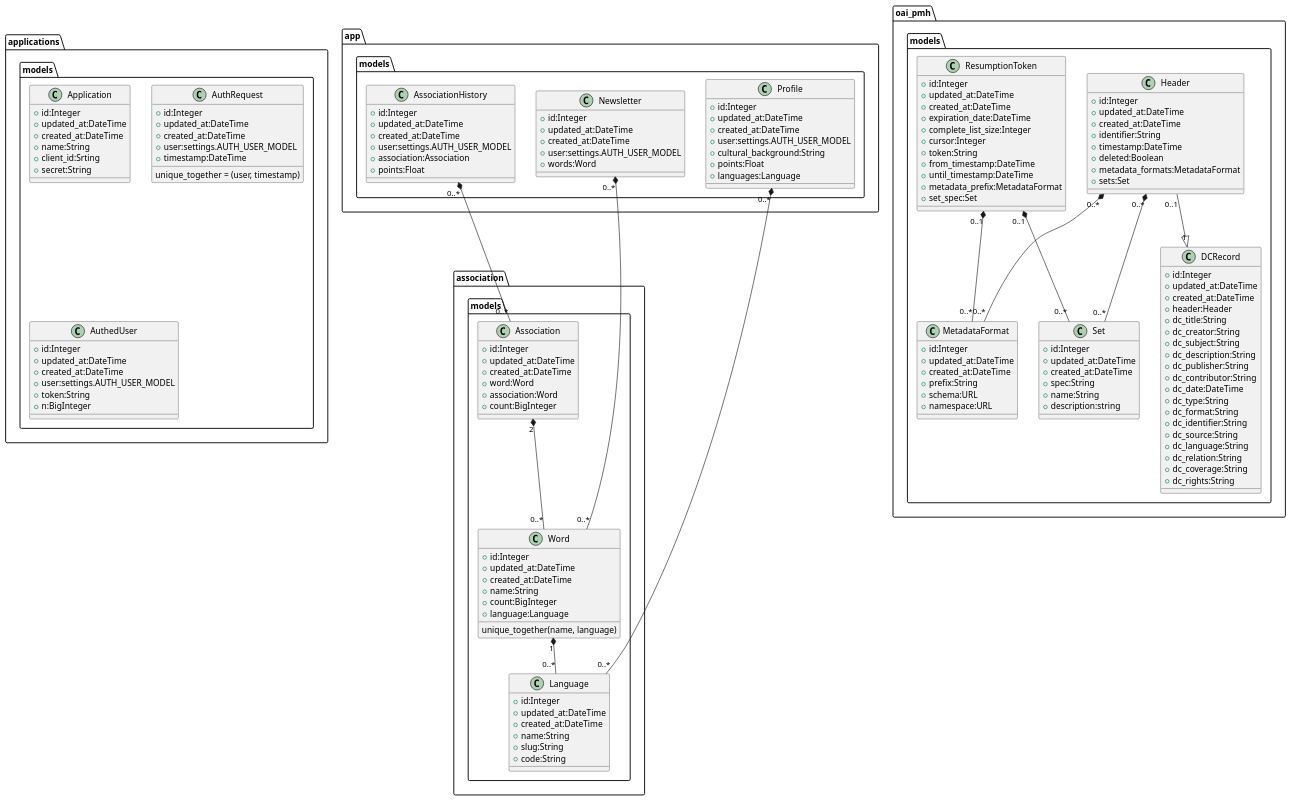
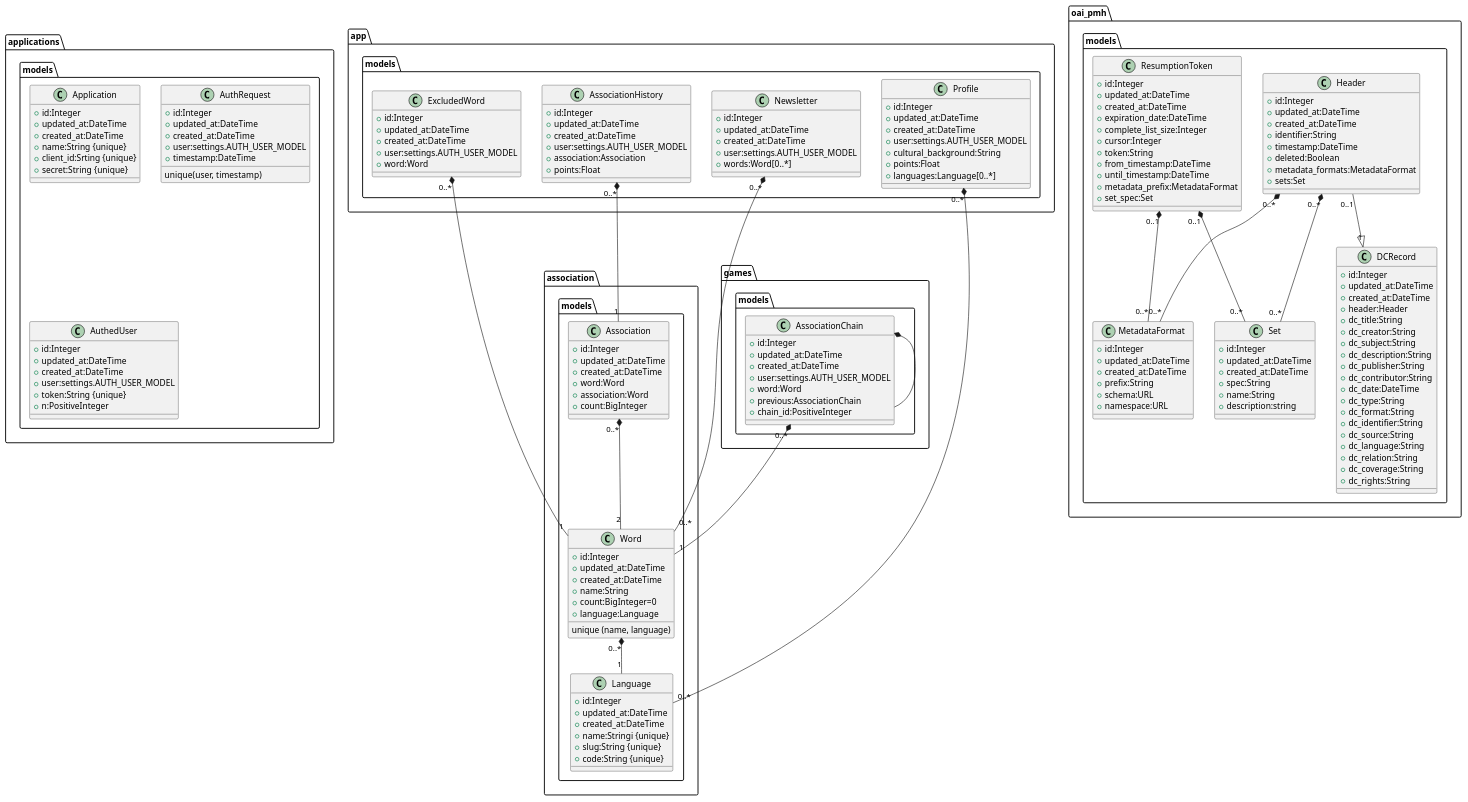
Before and after one commit to Tima-Is-My-Association/docs: the diagram in UML/tima.puml, drawn with PlantUML. The commit also changed 1 other file, not shown here.

Commit message:
Updated UML.

```diff
--- a/UML/tima.puml
+++ b/UML/tima.puml
@@ -1,163 +1,186 @@
 @startuml
 skinparam backgroundcolor transparent
 
 class association.models.Language {
     +id:Integer
     +updated_at:DateTime
     +created_at:DateTime
-    +name:String
-    +slug:String
-    +code:String
+    +name:Stringi {unique}
+    +slug:String {unique}
+    +code:String {unique}
 }
 
 class association.models.Word {
     +id:Integer
     +updated_at:DateTime
     +created_at:DateTime
     +name:String
-    +count:BigInteger
+    +count:BigInteger=0
     +language:Language
-    unique_together(name, language)
+    unique (name, language)
 }
 
 class association.models.Association {
     +id:Integer
     +updated_at:DateTime
     +created_at:DateTime
     +word:Word
     +association:Word
     +count:BigInteger
 }
 
 class app.models.Profile {
     +id:Integer
     +updated_at:DateTime
     +created_at:DateTime
     +user:settings.AUTH_USER_MODEL
     +cultural_background:String
     +points:Float
-    +languages:Language
+    +languages:Language[0..*]
+}
+
+class app.models.ExcludedWord {
+    +id:Integer
+    +updated_at:DateTime
+    +created_at:DateTime
+    +user:settings.AUTH_USER_MODEL
+    +word:Word
 }
 
 class app.models.AssociationHistory {
     +id:Integer
     +updated_at:DateTime
     +created_at:DateTime
     +user:settings.AUTH_USER_MODEL
     +association:Association
     +points:Float
 }
 
 class app.models.Newsletter {
     +id:Integer
     +updated_at:DateTime
     +created_at:DateTime
     +user:settings.AUTH_USER_MODEL
-    +words:Word
+    +words:Word[0..*]
+}
+
+class games.models.AssociationChain {
+    +id:Integer
+    +updated_at:DateTime
+    +created_at:DateTime
+    +user:settings.AUTH_USER_MODEL
+    +word:Word
+    +previous:AssociationChain
+    +chain_id:PositiveInteger
 }
 
 class oai_pmh.models.MetadataFormat {
     +id:Integer
     +updated_at:DateTime
     +created_at:DateTime
     +prefix:String
     +schema:URL
     +namespace:URL
 }
 
 class oai_pmh.models.Set {
     +id:Integer
     +updated_at:DateTime
     +created_at:DateTime
     +spec:String
     +name:String
     +description:string
 }
 
 class oai_pmh.models.Header {
     +id:Integer
     +updated_at:DateTime
     +created_at:DateTime
     +identifier:String
     +timestamp:DateTime
     +deleted:Boolean
     +metadata_formats:MetadataFormat
     +sets:Set
 }
 
 class oai_pmh.models.ResumptionToken {
     +id:Integer
     +updated_at:DateTime
     +created_at:DateTime
     +expiration_date:DateTime
     +complete_list_size:Integer
     +cursor:Integer
     +token:String
     +from_timestamp:DateTime
     +until_timestamp:DateTime
     +metadata_prefix:MetadataFormat
     +set_spec:Set
 }
 
 class oai_pmh.models.DCRecord {
     +id:Integer
     +updated_at:DateTime
     +created_at:DateTime
     +header:Header
     +dc_title:String
     +dc_creator:String
     +dc_subject:String
     +dc_description:String
     +dc_publisher:String
     +dc_contributor:String
     +dc_date:DateTime
     +dc_type:String
     +dc_format:String
     +dc_identifier:String
     +dc_source:String
     +dc_language:String
     +dc_relation:String
     +dc_coverage:String
     +dc_rights:String
 }
 
 class applications.models.Application {
     +id:Integer
     +updated_at:DateTime
     +created_at:DateTime
-    +name:String
-    +client_id:Srting
-    +secret:String
+    +name:String {unique}
+    +client_id:Srting {unique}
+    +secret:String {unique}
 }
 
 class applications.models.AuthRequest {
     +id:Integer
     +updated_at:DateTime
     +created_at:DateTime
     +user:settings.AUTH_USER_MODEL
     +timestamp:DateTime
-    unique_together = (user, timestamp)
+    unique(user, timestamp)
 }
 
 class applications.models.AuthedUser {
     +id:Integer
     +updated_at:DateTime
     +created_at:DateTime
     +user:settings.AUTH_USER_MODEL
-    +token:String
-    +n:BigInteger
+    +token:String {unique}
+    +n:PositiveInteger
 }
 
-app.models.AssociationHistory "0..*" *-- "0..*" association.models.Association
+app.models.AssociationHistory "0..*" *-- "1" association.models.Association
+app.models.ExcludedWord "0..*" *-- "1" association.models.Word
 app.models.Profile "0..*" *-- "0..*" association.models.Language
 app.models.Newsletter "0..*" *-- "0..*" association.models.Word
-association.models.Association "2" *-- "0..*" association.models.Word
-association.models.Word "1" *-- "0..*" association.models.Language
+
+association.models.Association "0..*" *-- "2" association.models.Word
+association.models.Word "0..*" *-- "1" association.models.Language
+
+games.models.AssociationChain "0..*" *-- "1" association.models.Word
+games.models.AssociationChain *-- games.models.AssociationChain
 
 oai_pmh.models.Header "0..*" *-- "0..*" oai_pmh.models.MetadataFormat
 oai_pmh.models.Header "0..*" *-- "0..*" oai_pmh.models.Set
 oai_pmh.models.ResumptionToken "0..1" *-- "0..*" oai_pmh.models.MetadataFormat
 oai_pmh.models.ResumptionToken "0..1" *-- "0..*" oai_pmh.models.Set
 oai_pmh.models.Header "0..1" --|> "1" oai_pmh.models.DCRecord
 
 @enduml
```
